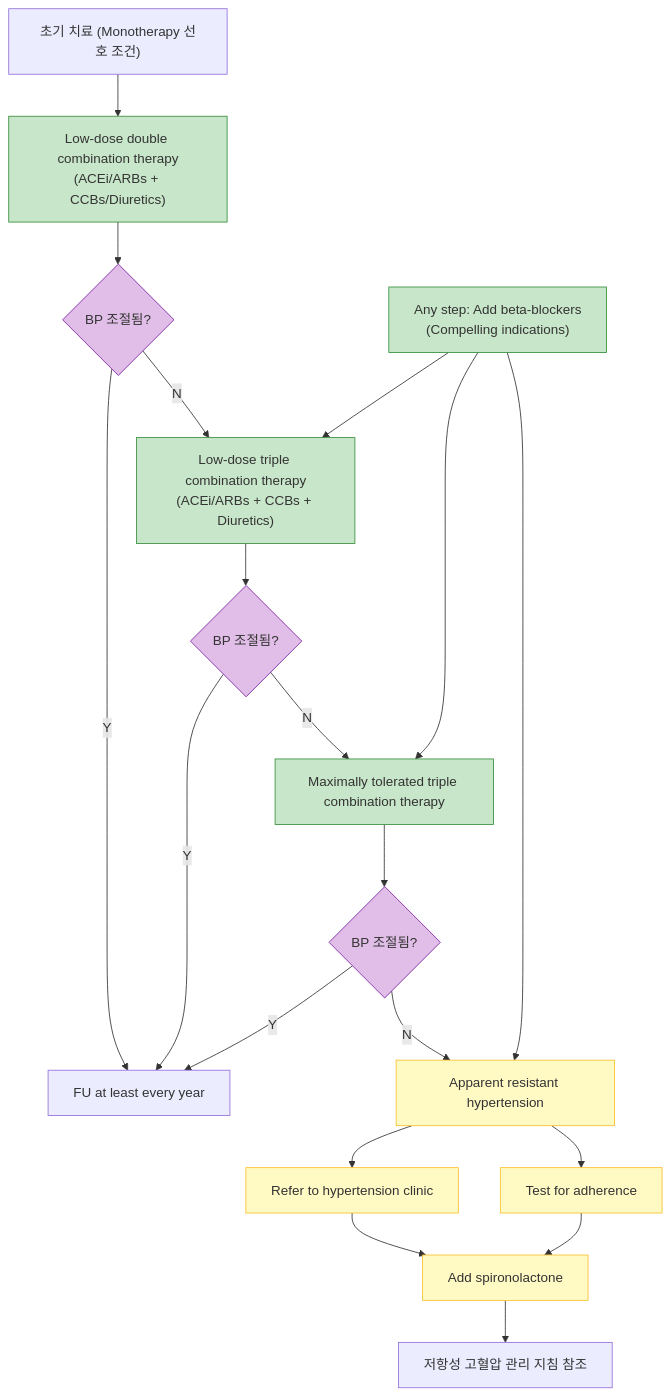
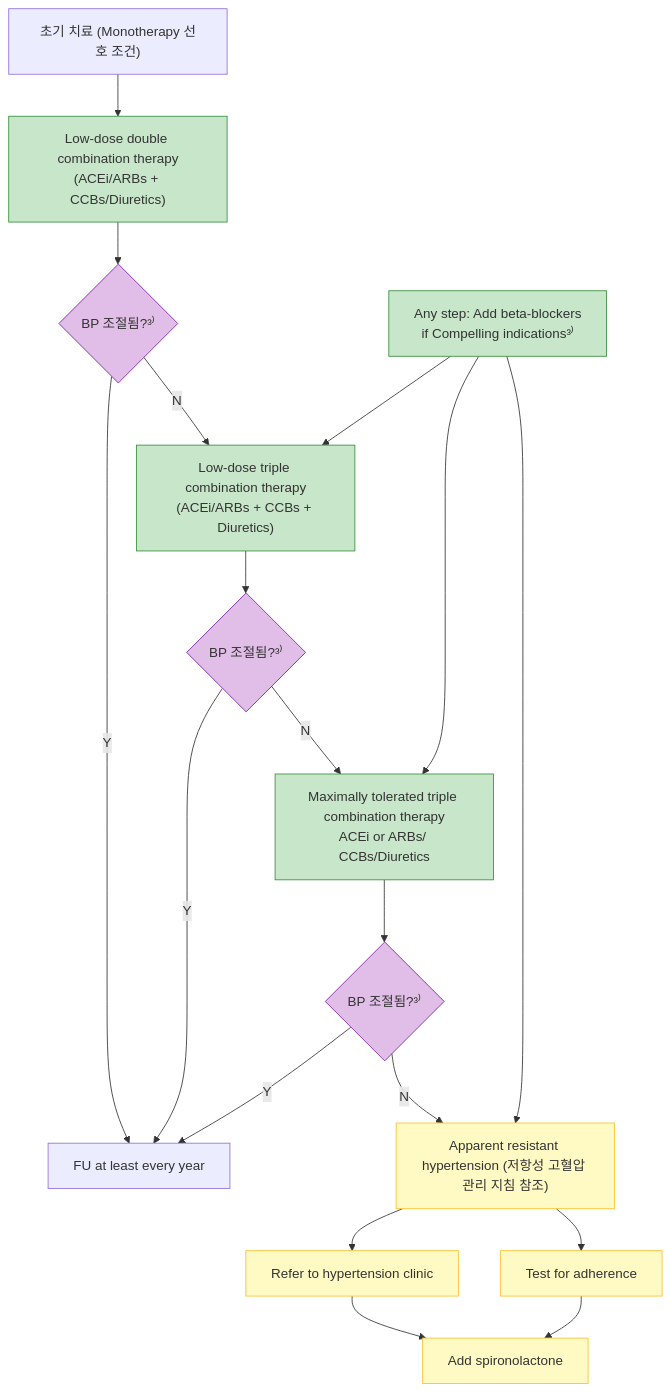
The fifth of 11 diagrams in 225_/095_-hypertension.md (familyoh77/familyoh77), drawn with Mermaid before and after one commit. The commit also changed other lines of this file, not shown here.

````diff
--- a/225_/095_-hypertension.md
+++ b/225_/095_-hypertension.md
@@ -883,61 +890,62 @@
 ```mermaid
 graph TD
     %% 시작 단계 및 특수 조건
     Start["초기 치료 (Monotherapy 선호 조건)"]
     
     %% 주요 치료 경로
     T1["Low-dose double combination therapy<br/>(ACEi/ARBs + CCBs/Diuretics)"]
-    Check1{"BP 조절됨?"}
+    Check1{"BP 조절됨?³⁾"}
     
     T2["Low-dose triple combination therapy<br/>(ACEi/ARBs + CCBs + Diuretics)"]
-    Check2{"BP 조절됨?"}
+    Check2{"BP 조절됨?³⁾"}
     
-    T3["Maximally tolerated triple combination therapy"]
-    Check3{"BP 조절됨?"}
+    T3["Maximally tolerated triple combination therapy<br/>ACEi or ARBs/ CCBs/Diuretics"]
+    Check3{"BP 조절됨?³⁾"}
     
     %% 저항성 고혈압 단계
-    Resistant["Apparent resistant hypertension"]
+    Resistant["Apparent resistant hypertension (저항성 고혈압 관리 지침 참조)"]
     Action1["Refer to hypertension clinic"]
     Action2["Test for adherence"]
     Action3["Add spironolactone"]
-    Final["저항성 고혈압 관리 지침 참조"]
+
     
     %% 기타
-    Beta["Any step: Add beta-blockers<br/>(Compelling indications)"]
+    Beta["Any step: Add beta-blockers<br/>if Compelling indications³⁾"]
     FU["FU at least every year"]
 
     %% 흐름 연결
     Start --> T1
     T1 --> Check1
     Check1 -- Y --> FU
     Check1 -- N --> T2
     
     T2 --> Check2
     Check2 -- Y --> FU
     Check2 -- N --> T3
     
     T3 --> Check3
     Check3 -- Y --> FU
     Check3 -- N --> Resistant
     
     %% 저항성 고혈압 상세 연결
     Resistant --> Action1
     Resistant --> Action2
     Action1 --> Action3
     Action2 --> Action3
-    Action3 --> Final
+  
     
     %% Beta blocker 연결
-    Beta --> T2
+
+        Beta --> T2
     Beta --> T3
     Beta --> Resistant
 
     %% 스타일 설정
     classDef treat fill:#c8e6c9,stroke:#388e3c;
     classDef check fill:#e1bee7,stroke:#7b1fa2;
     classDef res fill:#fff9c4,stroke:#fbc02d;
     
     class T1,T2,T3,Beta treat;
     class Check1,Check2,Check3 check;
     class Action1,Action2,Action3,Resistant res;
 ```
````
